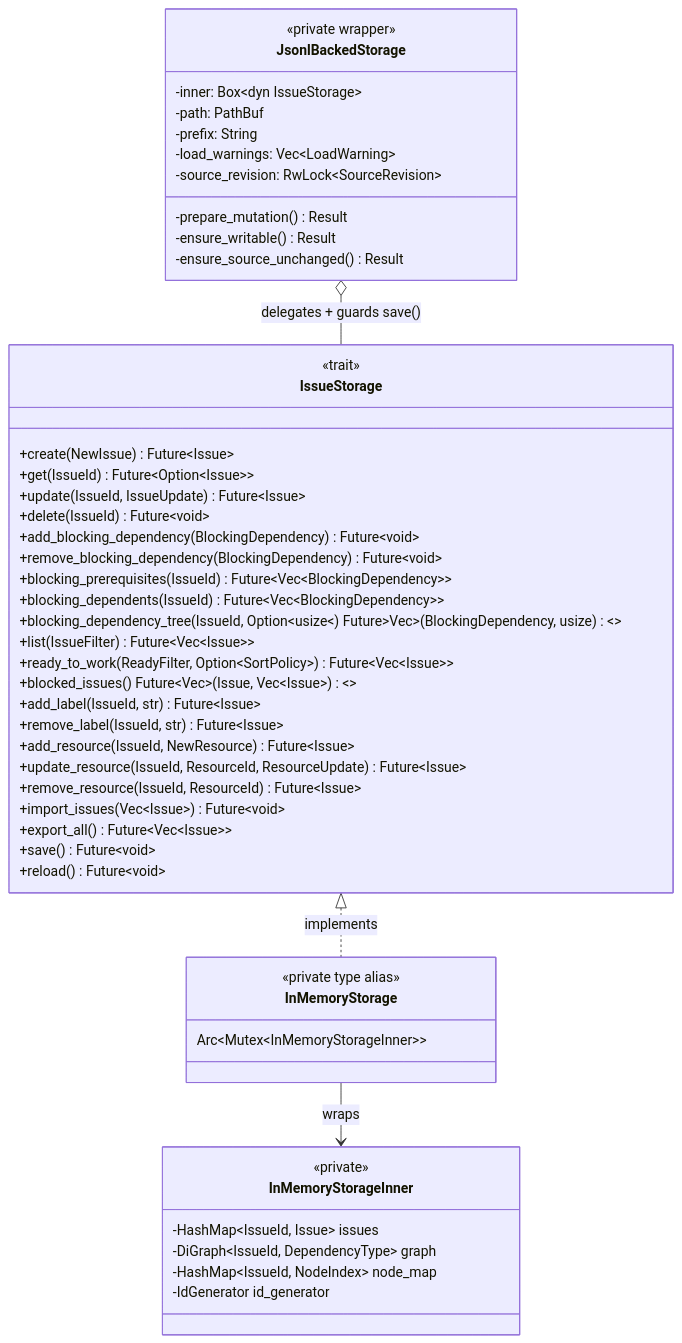
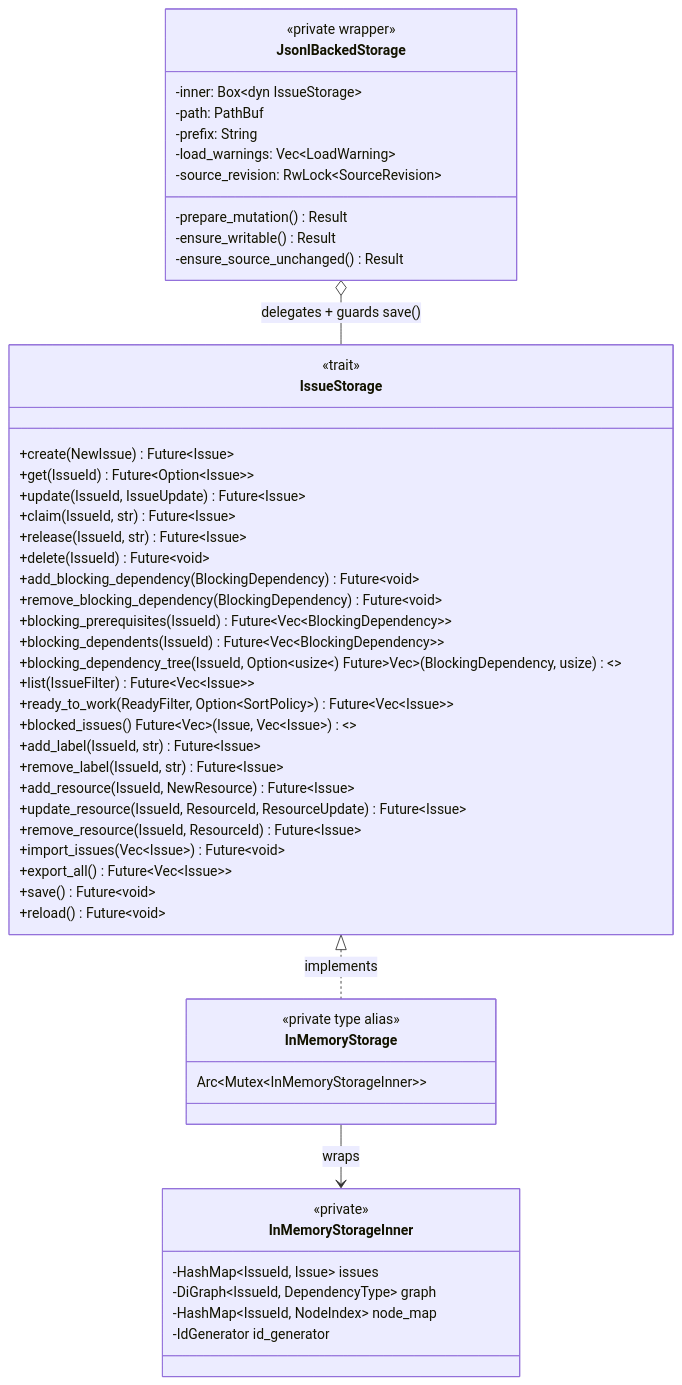
The first of 8 diagrams in docs/storage-architecture.md (dwalleck/rivets), drawn with Mermaid before and after one commit. The commit also changed other lines of this file and 20 other files, not shown here.

````diff
--- a/docs/storage-architecture.md
+++ b/docs/storage-architecture.md
@@ -7,56 +7,58 @@
 ```mermaid
 classDiagram
     class IssueStorage {
         <<trait>>
         +create(NewIssue) Future~Issue~
         +get(IssueId) Future~Option~Issue~~
         +update(IssueId, IssueUpdate) Future~Issue~
+        +claim(IssueId, str) Future~Issue~
+        +release(IssueId, str) Future~Issue~
         +delete(IssueId) Future~void~
         +add_blocking_dependency(BlockingDependency) Future~void~
         +remove_blocking_dependency(BlockingDependency) Future~void~
         +blocking_prerequisites(IssueId) Future~Vec~BlockingDependency~~
         +blocking_dependents(IssueId) Future~Vec~BlockingDependency~~
         +blocking_dependency_tree(IssueId, Option~usize~) Future~Vec~(BlockingDependency, usize)~~
         +list(IssueFilter) Future~Vec~Issue~~
         +ready_to_work(ReadyFilter, Option~SortPolicy~) Future~Vec~Issue~~
         +blocked_issues() Future~Vec~(Issue, Vec~Issue~)~~
         +add_label(IssueId, str) Future~Issue~
         +remove_label(IssueId, str) Future~Issue~
         +add_resource(IssueId, NewResource) Future~Issue~
         +update_resource(IssueId, ResourceId, ResourceUpdate) Future~Issue~
         +remove_resource(IssueId, ResourceId) Future~Issue~
         +import_issues(Vec~Issue~) Future~void~
         +export_all() Future~Vec~Issue~~
         +save() Future~void~
         +reload() Future~void~
     }
 
     class InMemoryStorage {
         <<private type alias>>
         Arc~Mutex~InMemoryStorageInner~~
     }
 
     class InMemoryStorageInner {
         <<private>>
         -HashMap~IssueId, Issue~ issues
         -DiGraph~IssueId, DependencyType~ graph
         -HashMap~IssueId, NodeIndex~ node_map
         -IdGenerator id_generator
     }
 
     class JsonlBackedStorage {
         <<private wrapper>>
         -inner: Box~dyn IssueStorage~
         -path: PathBuf
         -prefix: String
         -load_warnings: Vec~LoadWarning~
         -source_revision: RwLock~SourceRevision~
         -prepare_mutation() Result
         -ensure_writable() Result
         -ensure_source_unchanged() Result
     }
 
     IssueStorage <|.. InMemoryStorage : implements
     InMemoryStorage --> InMemoryStorageInner : wraps
     JsonlBackedStorage o-- IssueStorage : delegates + guards save()
 ```
````
